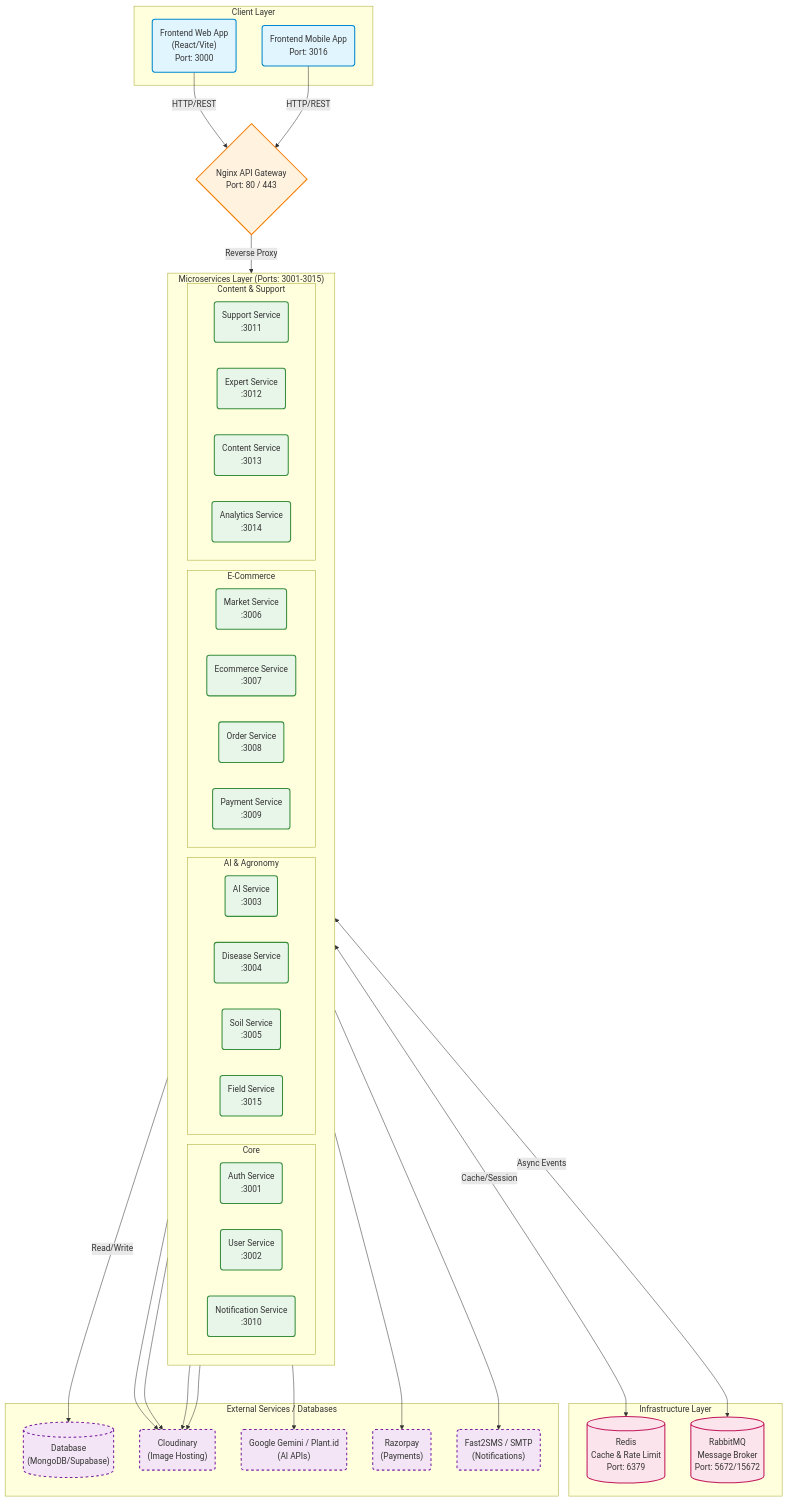
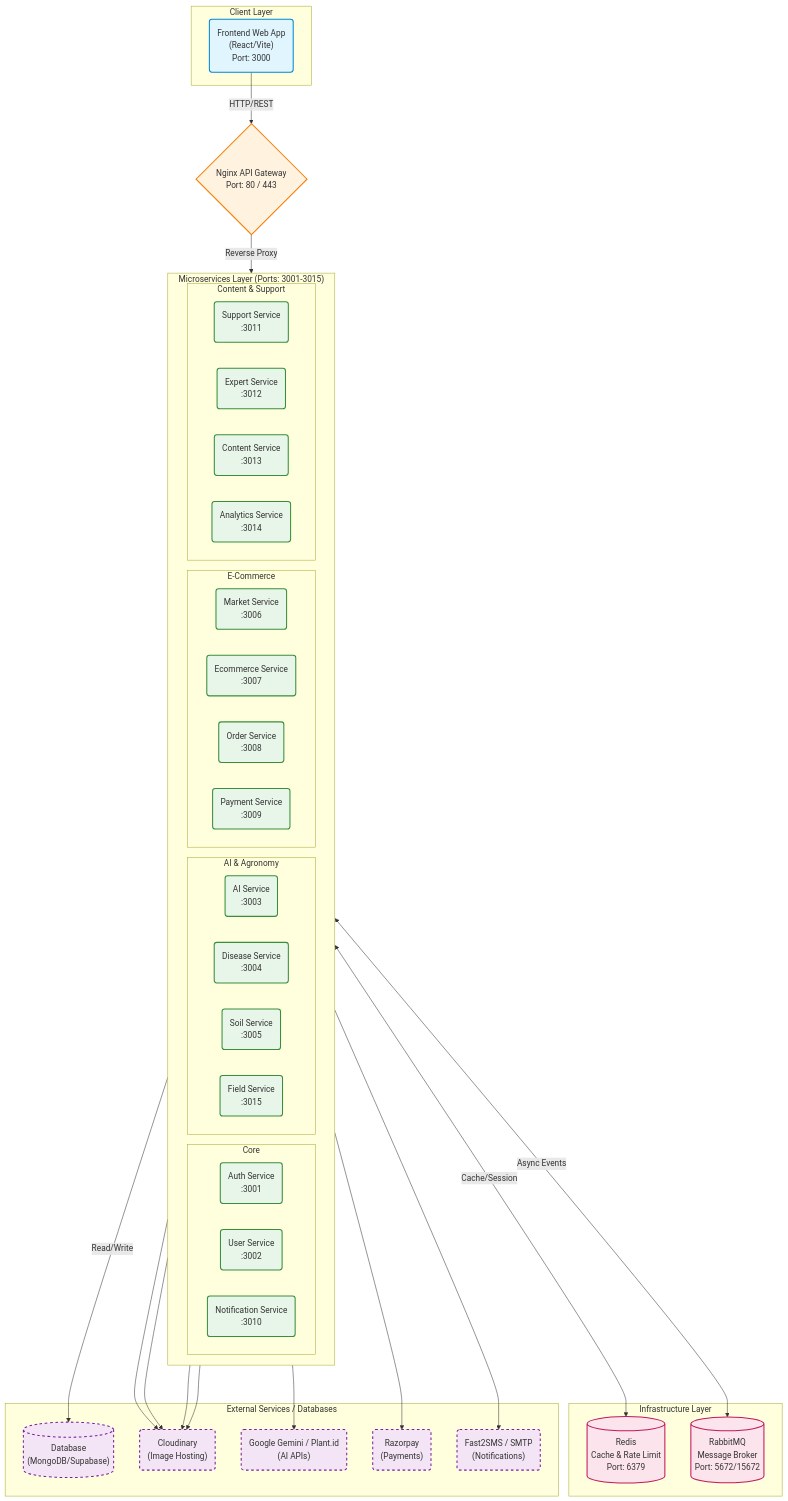
Before and after one commit to chandu7313/KMC: the diagram in architecture_overview.md, drawn with Mermaid. The commit also changed other lines of this file and 3 other files, not shown here.

Commit message:
chore: completely remove flutter mobile app from build and repository

````diff
--- a/architecture_overview.md
+++ b/architecture_overview.md
@@ -10,81 +10,80 @@
 ```mermaid
 graph TD
     %% Define Styles
     classDef client fill:#e1f5fe,stroke:#0288d1,stroke-width:2px;
     classDef gateway fill:#fff3e0,stroke:#f57c00,stroke-width:2px;
     classDef service fill:#e8f5e9,stroke:#388e3c,stroke-width:2px;
     classDef infra fill:#fce4ec,stroke:#c2185b,stroke-width:2px;
     classDef external fill:#f3e5f5,stroke:#7b1fa2,stroke-width:2px,stroke-dasharray: 5 5;
 
     %% Client Layer
     subgraph Clients["Client Layer"]
         Web("Frontend Web App<br>(React/Vite)<br>Port: 3000"):::client
-        Mobile("Frontend Mobile App<br>Port: 3016"):::client
     end
 
     %% Gateway Layer
     Gateway{"Nginx API Gateway<br>Port: 80 / 443"}:::gateway
 
     %% Microservices Layer
     subgraph Microservices["Microservices Layer (Ports: 3001-3015)"]
         direction LR
         subgraph Core
             Auth("Auth Service<br>:3001"):::service
             User("User Service<br>:3002"):::service
             Notif("Notification Service<br>:3010"):::service
         end
         subgraph AI_Agronomy["AI & Agronomy"]
             AI("AI Service<br>:3003"):::service
             Disease("Disease Service<br>:3004"):::service
             Soil("Soil Service<br>:3005"):::service
             Field("Field Service<br>:3015"):::service
         end
         subgraph Commerce["E-Commerce"]
             Market("Market Service<br>:3006"):::service
             Ecom("Ecommerce Service<br>:3007"):::service
             Order("Order Service<br>:3008"):::service
             Payment("Payment Service<br>:3009"):::service
         end
         subgraph Content_Support["Content & Support"]
             Support("Support Service<br>:3011"):::service
             Expert("Expert Service<br>:3012"):::service
             Content("Content Service<br>:3013"):::service
             Analytics("Analytics Service<br>:3014"):::service
         end
     end
 
     %% Infrastructure Layer
     subgraph Infrastructure["Infrastructure Layer"]
         Redis[("Redis<br>Cache & Rate Limit<br>Port: 6379")]:::infra
         RMQ[("RabbitMQ<br>Message Broker<br>Port: 5672/15672")]:::infra
     end
 
     %% External Services
     subgraph External["External Services / Databases"]
         DB[("Database<br>(MongoDB/Supabase)")]:::external
         Cloudinary("Cloudinary<br>(Image Hosting)"):::external
         Gemini("Google Gemini / Plant.id<br>(AI APIs)"):::external
         PaymentGateway("Razorpay<br>(Payments)"):::external
         SMS("Fast2SMS / SMTP<br>(Notifications)"):::external
     end
 
     %% Connections
     Web -->|HTTP/REST| Gateway
-    Mobile -->|HTTP/REST| Gateway
+
     
     Gateway -->|Reverse Proxy| Microservices
     
     %% Service to Infra
     Microservices <-->|Cache/Session| Redis
     Microservices <-->|Async Events| RMQ
 
     %% Service to External
     Microservices -->|Read/Write| DB
     Disease --> Cloudinary
     Soil --> Cloudinary
     Ecom --> Cloudinary
     Content --> Cloudinary
     AI --> Gemini
     Payment --> PaymentGateway
     Notif --> SMS
 ```
````
